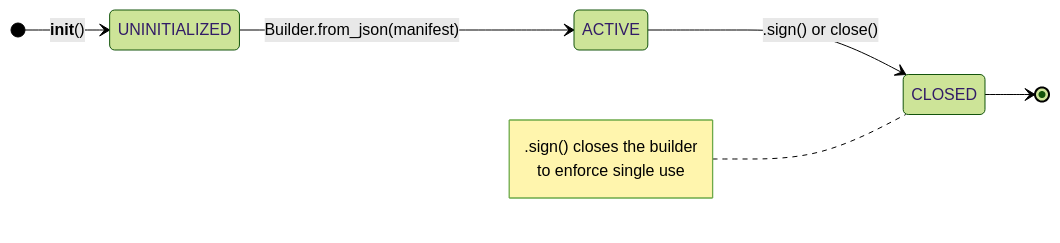
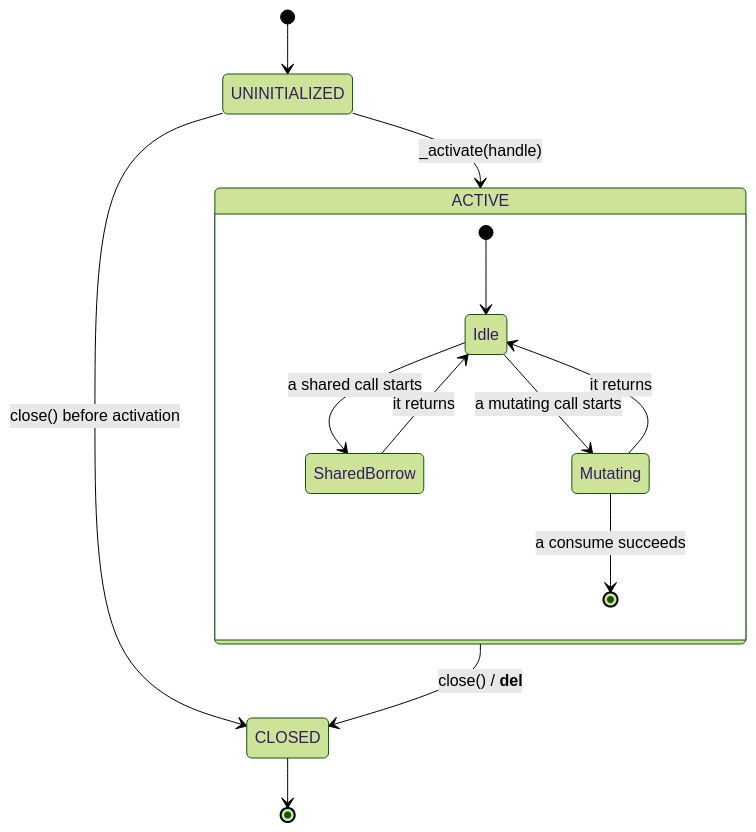
Before and after one commit to contentauth/c2pa-python: the second of 8 diagrams in docs/native-resources-management.md, drawn with Mermaid (forest theme). The commit also changed other lines of this file and 5 other files, not shown here.

Commit message:
fix: Diagrams act as summary

````diff
--- a/docs/native-resources-management.md
+++ b/docs/native-resources-management.md
@@ -76,13 +114,18 @@
 ```mermaid
 stateDiagram-v2
-    direction LR
-    [*] --> UNINITIALIZED : __init__()
-    UNINITIALIZED --> ACTIVE : Builder.from_json(manifest)
-    ACTIVE --> CLOSED : .sign() or close()
+    [*] --> UNINITIALIZED
+    UNINITIALIZED --> ACTIVE: _activate(handle)
+    UNINITIALIZED --> CLOSED: close() before activation
+
+    state ACTIVE {
+        [*] --> Idle
+        Idle --> SharedBorrow: a shared call starts
+        SharedBorrow --> Idle: it returns
+        Idle --> Mutating: a mutating call starts
+        Mutating --> Idle: it returns
+        Mutating --> [*]: a consume succeeds
+    }
+
+    ACTIVE --> CLOSED: close() / __del__
     CLOSED --> [*]
-
-    note left of CLOSED
-        .sign() closes the builder
-        to enforce single use
-    end note
 ```
````
